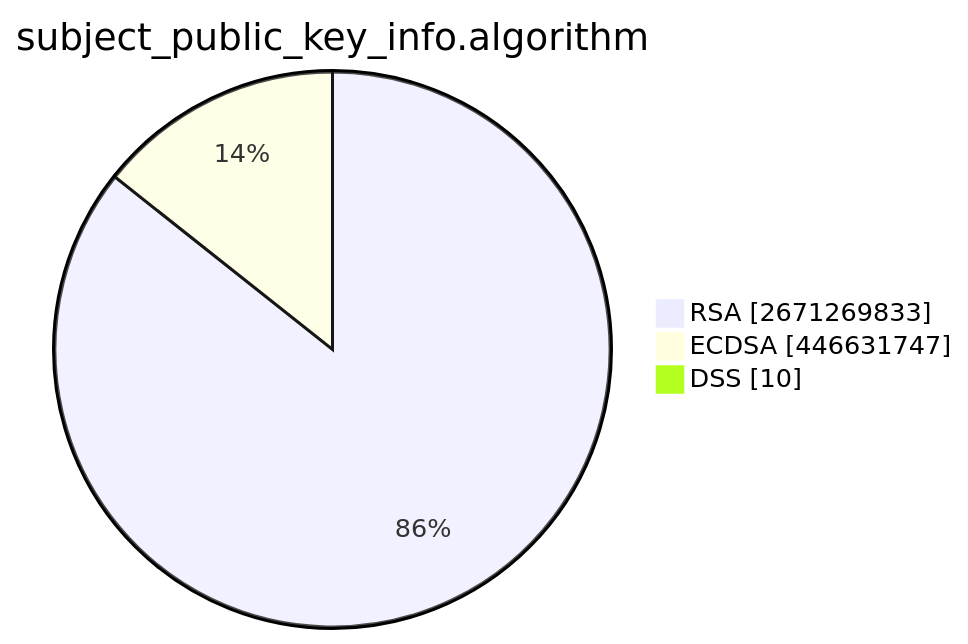
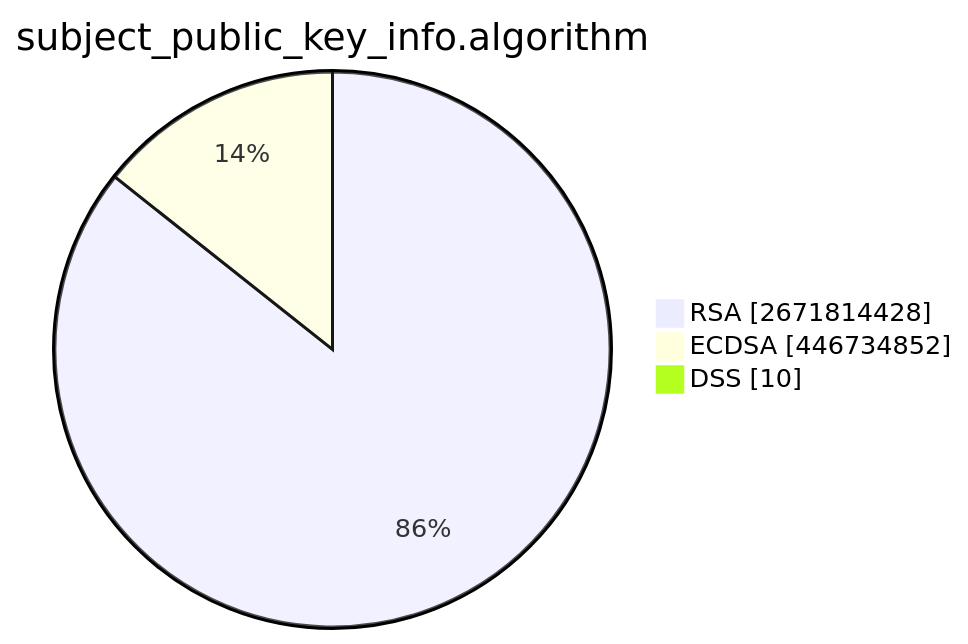
The second of 15 diagrams in TOTAL/README.md (christiankrug/ctmonitor_visualization), drawn with Mermaid before and after one commit. The commit also changed other lines of this file, not shown here.

````diff
--- a/TOTAL/README.md
+++ b/TOTAL/README.md
@@ -6,7 +6,7 @@
 ```mermaid
 pie showData
 title subject_public_key_info.algorithm
-"RSA" :2671269833
-"ECDSA" :446631747
+"RSA" :2671814428
+"ECDSA" :446734852
 "DSS" :10
 ```
````
